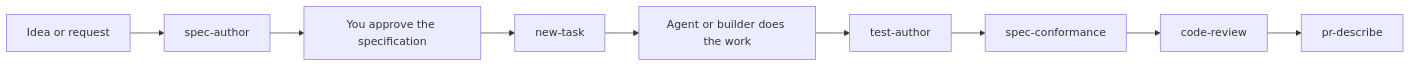
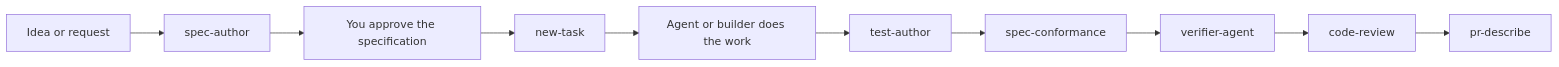
One commit to hams-ollo/zen-agent-skills changed the second of 2 diagrams in docs/GETTING-STARTED.md. Above: the diagram before and after it, drawn with Mermaid. The commit also changed other lines of this file and 8 other files, not shown here.

````diff
--- a/docs/GETTING-STARTED.md
+++ b/docs/GETTING-STARTED.md
@@ -292,11 +292,12 @@
 ```mermaid
 flowchart LR
   A[Idea or request] --> B[spec-author]
   B --> C[You approve the specification]
   C --> D[new-task]
   D --> E[Agent or builder does the work]
   E --> F[test-author]
   F --> G[spec-conformance]
-  G --> H[code-review]
-  H --> I[pr-describe]
+  G --> H[verifier-agent]
+  H --> I[code-review]
+  I --> J[pr-describe]
 ```
````
